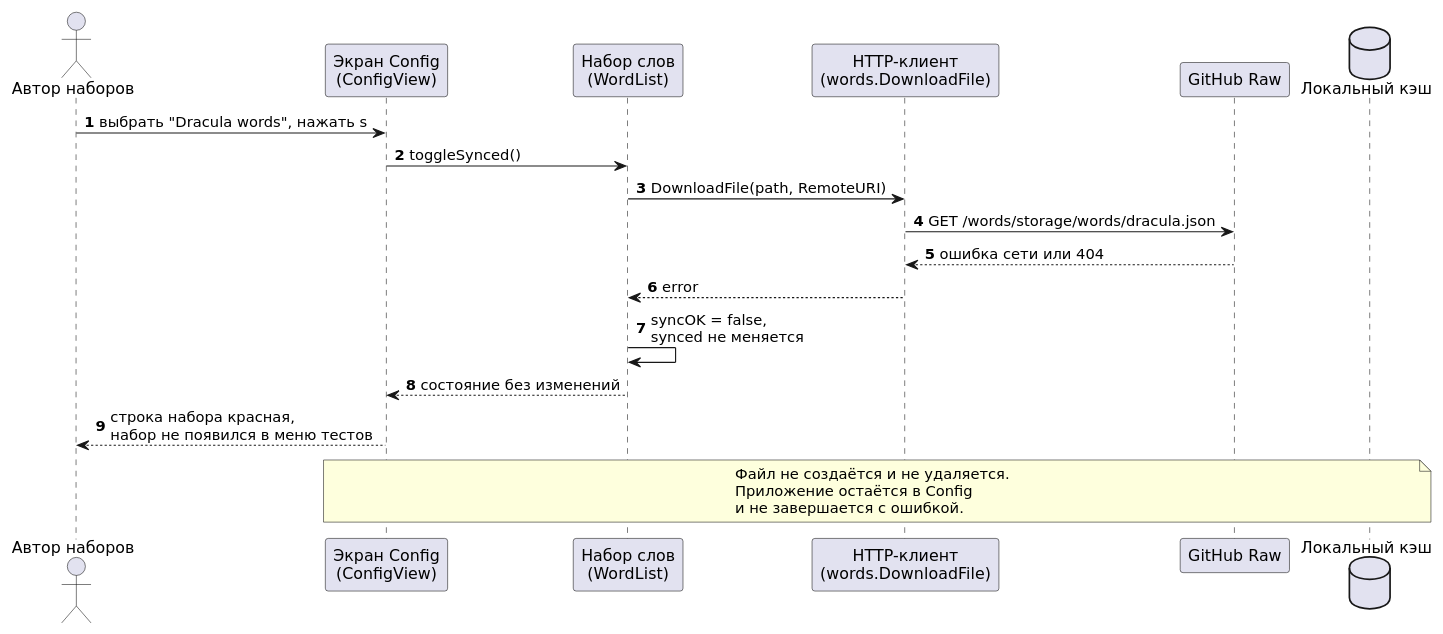
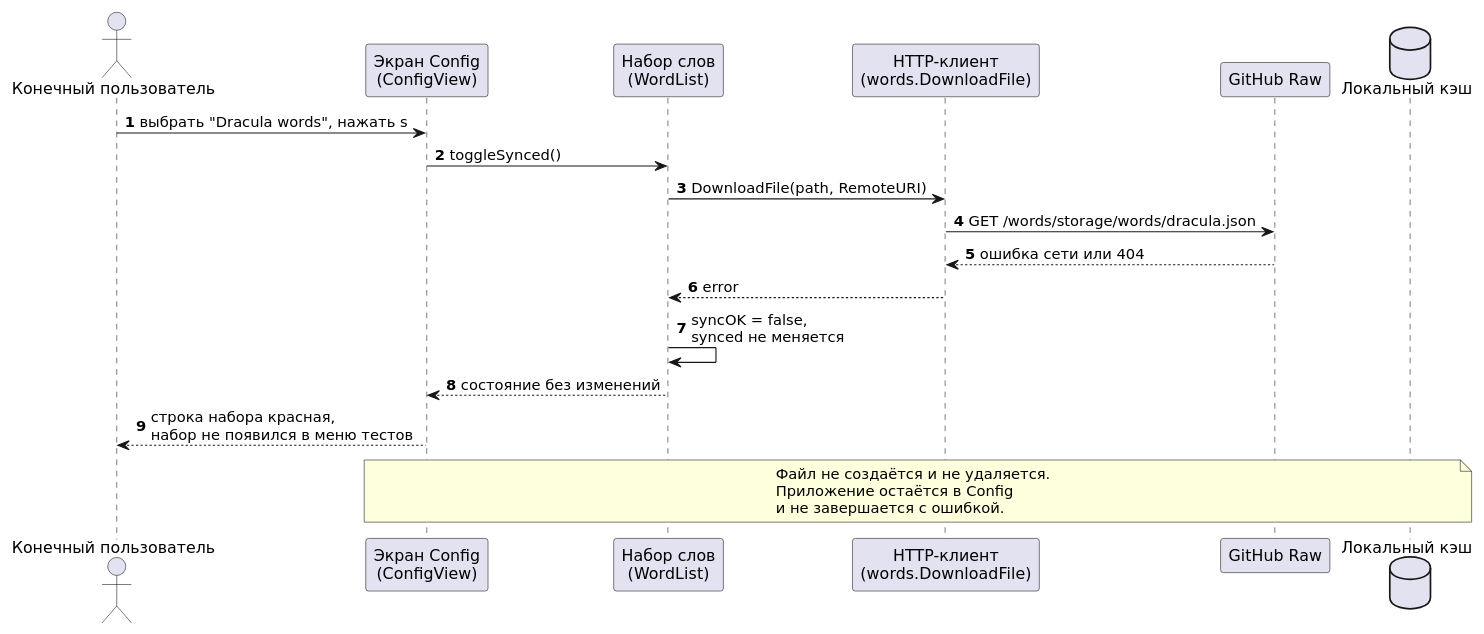
One commit to gitmaxlla/typioca-code changed the diagram in docs/diagrams/sequence-sync-error.puml. Above: the diagram before and after it, drawn with PlantUML. The commit also changed 14 other files, not shown here.

Commit message:
feat(lab2) diagrams done

```diff
--- a/docs/diagrams/sequence-sync-error.puml
+++ b/docs/diagrams/sequence-sync-error.puml
@@ -1,29 +1,29 @@
 @startuml sequence-sync-error
 skinparam defaultFontName "DejaVu Sans"
 skinparam backgroundColor white
 skinparam shadowing false
 autonumber
 
-actor "Автор наборов" as User
+actor "Конечный пользователь" as User
 participant "Экран Config\n(ConfigView)" as Config
 participant "Набор слов\n(WordList)" as WL
 participant "HTTP-клиент\n(words.DownloadFile)" as Client
 participant "GitHub Raw" as GH
 database "Локальный кэш" as FS
 
 User -> Config : выбрать "Dracula words", нажать s
 Config -> WL : toggleSynced()
 WL -> Client : DownloadFile(path, RemoteURI)
 Client -> GH : GET /words/storage/words/dracula.json
 GH --> Client : ошибка сети или 404
 Client --> WL : error
 WL -> WL : syncOK = false,\nsynced не меняется
 WL --> Config : состояние без изменений
 Config --> User : строка набора красная,\nнабор не появился в меню тестов
 
 note over Config, FS
   Файл не создаётся и не удаляется.
   Приложение остаётся в Config
   и не завершается с ошибкой.
 end note
 @enduml
```
